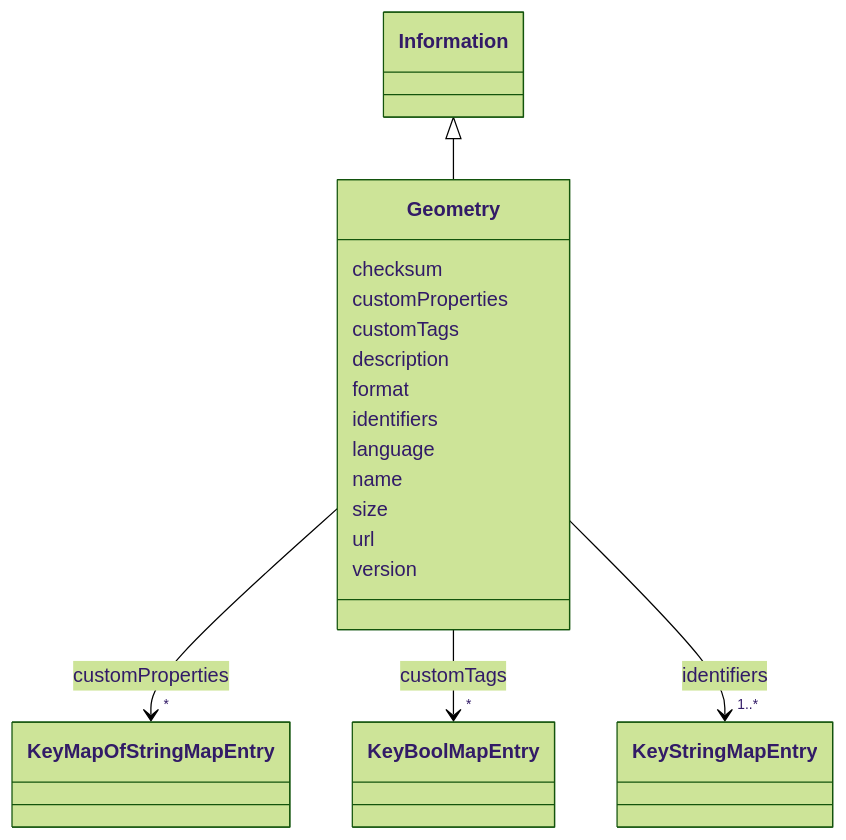
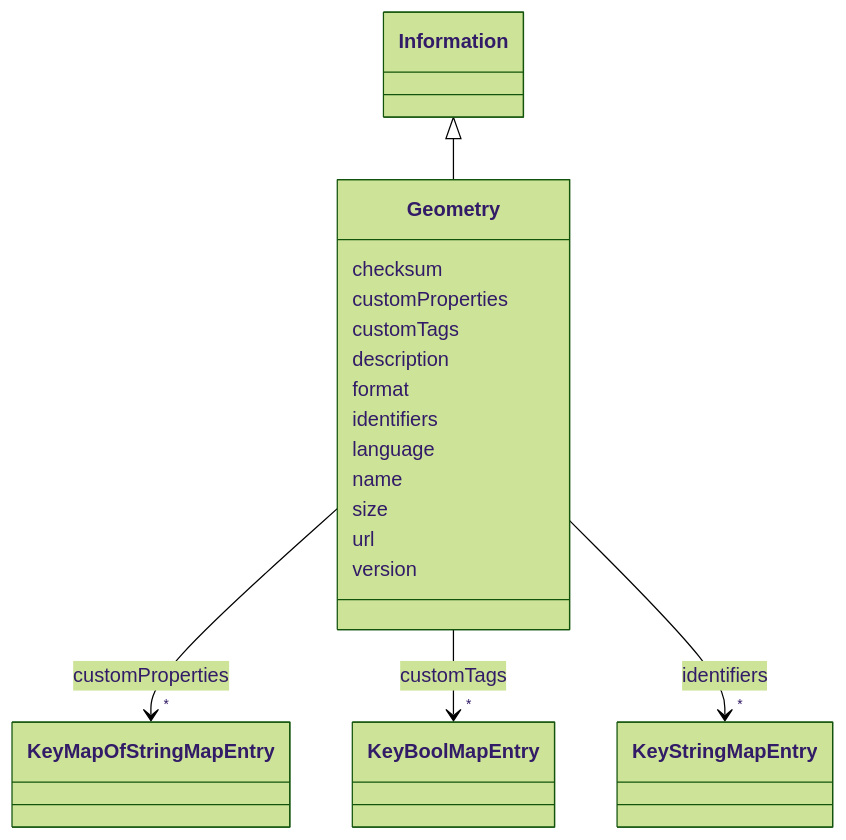
One commit to takashikasuya/smartbuiding_ontology changed the diagram in docs/Geometry.md. Above: the diagram before and after it, drawn with Mermaid (forest theme). The commit also changed other lines of this file and 89 other files, not shown here.

````diff
--- a/docs/Geometry.md
+++ b/docs/Geometry.md
@@ -18,58 +18,58 @@
 ```mermaid
  classDiagram
     class Geometry
     click Geometry href "../Geometry/"
       Information <|-- Geometry
         click Information href "../Information/"
       
       Geometry : checksum
         
       Geometry : customProperties
         
           
     
         
         
         Geometry --> "*" KeyMapOfStringMapEntry : customProperties
         click KeyMapOfStringMapEntry href "../KeyMapOfStringMapEntry/"
     
 
         
       Geometry : customTags
         
           
     
         
         
         Geometry --> "*" KeyBoolMapEntry : customTags
         click KeyBoolMapEntry href "../KeyBoolMapEntry/"
     
 
         
       Geometry : description
         
       Geometry : format
         
       Geometry : identifiers
         
           
     
         
         
-        Geometry --> "1..*" KeyStringMapEntry : identifiers
+        Geometry --> "*" KeyStringMapEntry : identifiers
         click KeyStringMapEntry href "../KeyStringMapEntry/"
     
 
         
       Geometry : language
         
       Geometry : name
         
       Geometry : size
         
       Geometry : url
         
       Geometry : version
         
       
 ```
````
